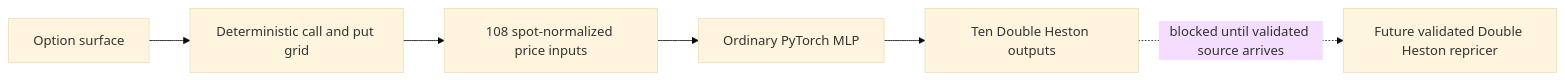
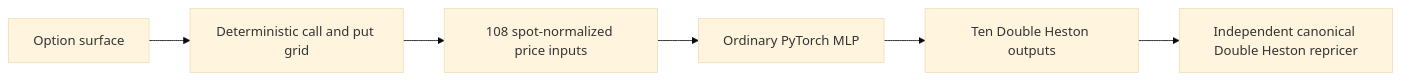
The diagram in docs/ARCHITECTURE.md (virajchoudhary/double-heston-inverse-calibration), drawn with Mermaid (base theme) before and after one commit. The commit also changed other lines of this file and 42 other files, not shown here.

Commit message:
feat: implement canonical Double Heston pricing engine

````diff
--- a/docs/ARCHITECTURE.md
+++ b/docs/ARCHITECTURE.md
@@ -5,8 +5,8 @@
 ```mermaid
 flowchart LR
     A["Option surface"] --> B["Deterministic call and put grid"]
     B --> C["108 spot-normalized price inputs"]
     C --> D["Ordinary PyTorch MLP"]
     D --> E["Ten Double Heston outputs"]
-    E -. "blocked until validated source arrives" .-> F["Future validated Double Heston repricer"]
+    E --> F["Independent canonical Double Heston repricer"]
 ```
````
